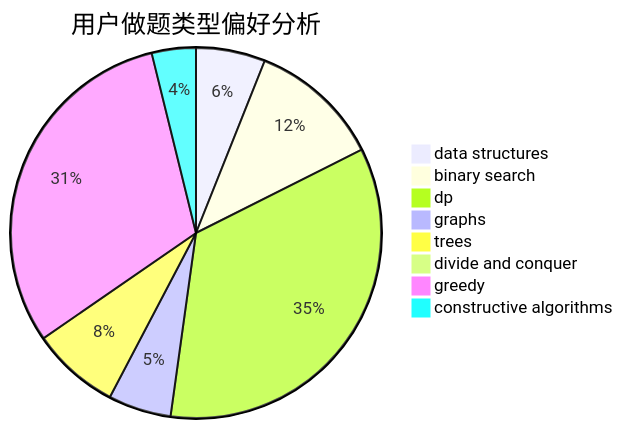
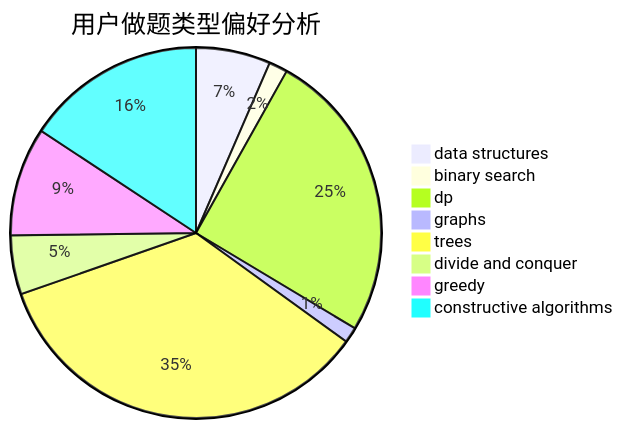
Before and after one commit to sherpahu/cfrs.github.io: the second of 3 diagrams in docs/user/u1290.md, drawn with Mermaid. The commit also changed other lines of this file and 2770 other files, not shown here.

````diff
--- a/docs/user/u1290.md
+++ b/docs/user/u1290.md
@@ -23,11 +23,11 @@
 ```mermaid
 pie title 用户做题类型偏好分析
-    "data structures" :  11
-    "binary search" :  21
-    "dp" :  63
-    "graphs" :  10
-    "trees" :  14
-    "divide and conquer" :  0
-    "greedy" :  56
-    "constructive algorithms" :  7
+    "data structures" :  24
+    "binary search" :  6
+    "dp" :  94
+    "graphs" :  5
+    "trees" :  128
+    "divide and conquer" :  19
+    "greedy" :  35
+    "constructive algorithms" :  58
 ```
````
